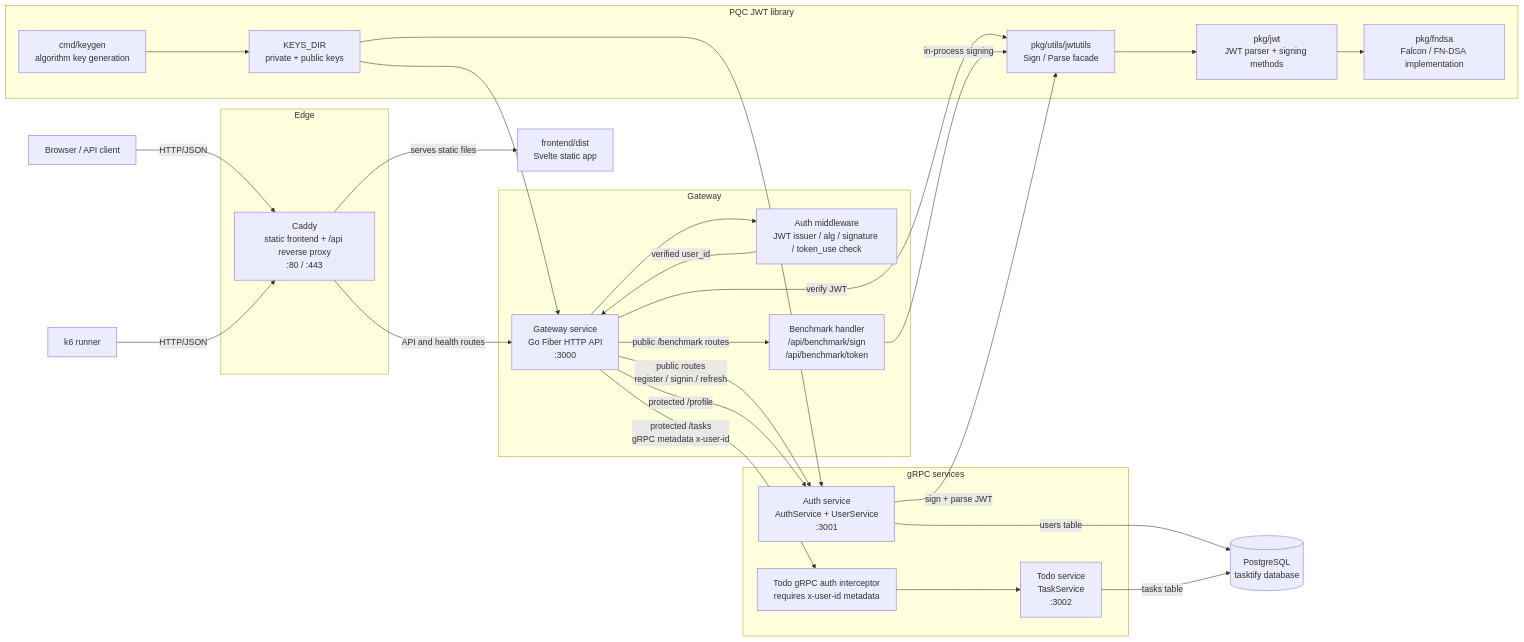
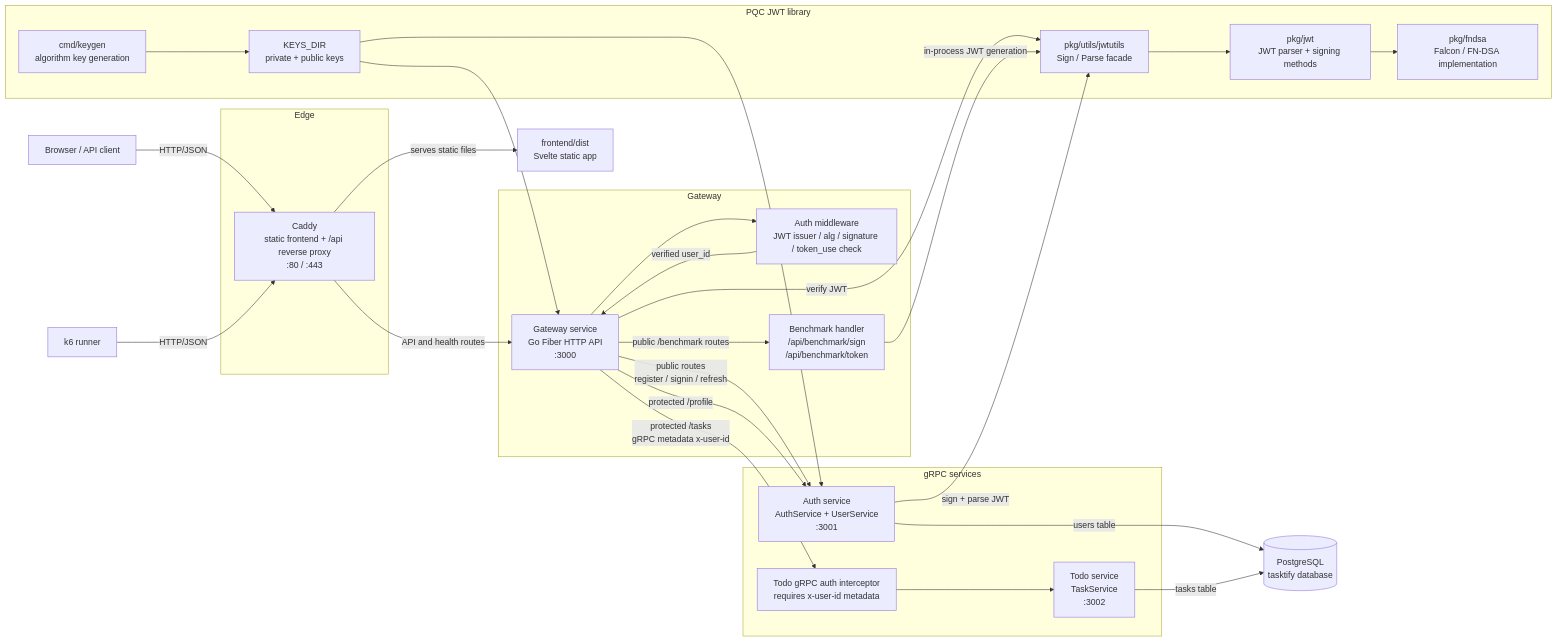
One commit to ridwanmuh3/tasktify changed the second of 8 diagrams in docs/research-system-architecture.md. Above: the diagram before and after it, drawn with Mermaid. The commit also changed other lines of this file and 9 other files, not shown here.

````diff
--- a/docs/research-system-architecture.md
+++ b/docs/research-system-architecture.md
@@ -112,57 +112,57 @@
 ```mermaid
 flowchart LR
   browser["Browser / API client"]
   k6["k6 runner"]
 
   subgraph edge["Edge"]
     caddy["Caddy<br/>static frontend + /api reverse proxy<br/>:80 / :443"]
   end
 
   subgraph gateway_layer["Gateway"]
     gateway["Gateway service<br/>Go Fiber HTTP API<br/>:3000"]
     auth_mw["Auth middleware<br/>JWT issuer / alg / signature / token_use check"]
     bench_handler["Benchmark handler<br/>/api/benchmark/sign<br/>/api/benchmark/token"]
   end
 
   subgraph services["gRPC services"]
     auth_svc["Auth service<br/>AuthService + UserService<br/>:3001"]
     todo_svc["Todo service<br/>TaskService<br/>:3002"]
     todo_interceptor["Todo gRPC auth interceptor<br/>requires x-user-id metadata"]
   end
 
   subgraph crypto["PQC JWT library"]
     jwtutils["pkg/utils/jwtutils<br/>Sign / Parse facade"]
     jwtpkg["pkg/jwt<br/>JWT parser + signing methods"]
     fndsa["pkg/fndsa<br/>Falcon / FN-DSA implementation"]
     keygen["cmd/keygen<br/>algorithm key generation"]
     keys["KEYS_DIR<br/>private + public keys"]
   end
 
   postgres[("PostgreSQL<br/>tasktify database")]
   frontend["frontend/dist<br/>Svelte static app"]
 
   browser -->|"HTTP/JSON"| caddy
   k6 -->|"HTTP/JSON"| caddy
   caddy -->|"serves static files"| frontend
   caddy -->|"API and health routes"| gateway
 
   gateway -->|"public routes<br/>register / signin / refresh"| auth_svc
   gateway -->|"protected /profile"| auth_svc
   gateway -->|"public /benchmark routes"| bench_handler
   gateway --> auth_mw
   auth_mw -->|"verified user_id"| gateway
   gateway -->|"protected /tasks<br/>gRPC metadata x-user-id"| todo_interceptor
   todo_interceptor --> todo_svc
 
   auth_svc -->|"users table"| postgres
   todo_svc -->|"tasks table"| postgres
 
   gateway -->|"verify JWT"| jwtutils
   auth_svc -->|"sign + parse JWT"| jwtutils
-  bench_handler -->|"in-process signing"| jwtutils
+  bench_handler -->|"in-process JWT generation"| jwtutils
   jwtutils --> jwtpkg
   jwtpkg --> fndsa
   keygen --> keys
   keys --> gateway
   keys --> auth_svc
 ```
````
